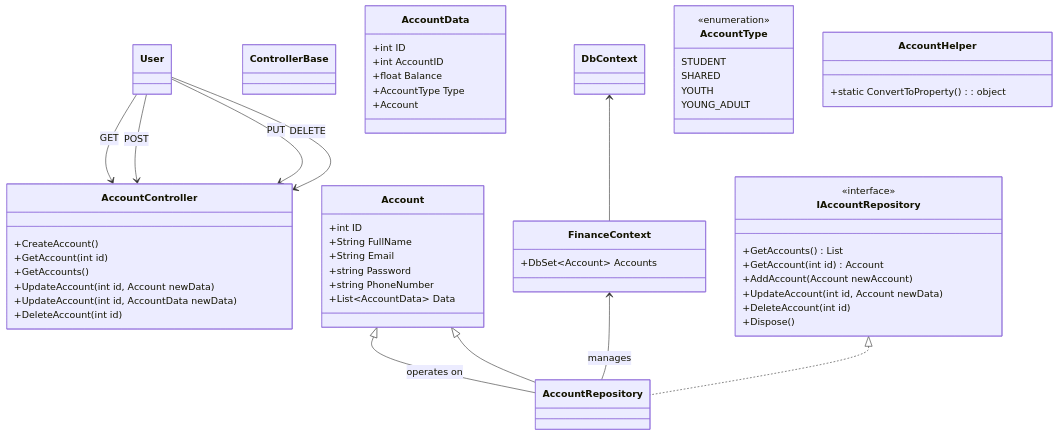
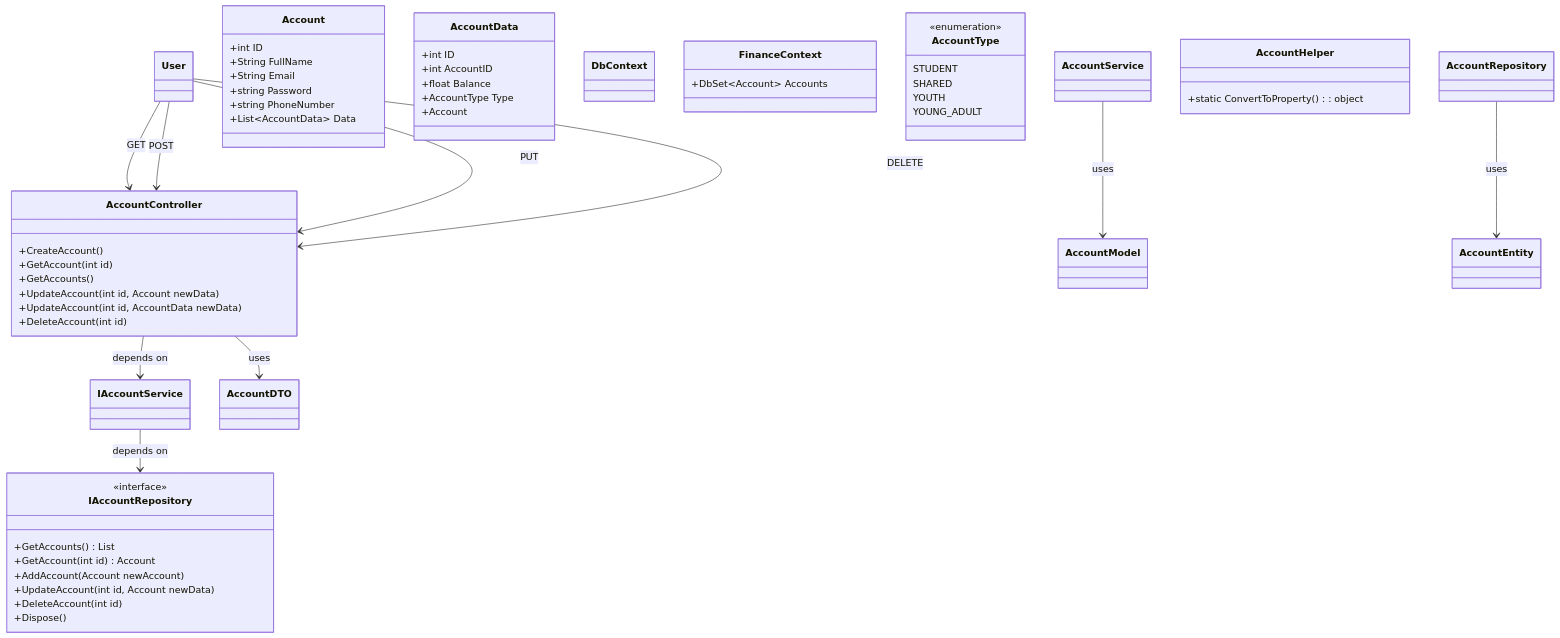
One commit to JET-NilsM/Practice-FinanceApp changed the diagram in TransactionService/Docs/Diagrams/ClassDiagram.md. Above: the diagram before and after it, drawn with Mermaid. The commit also changed 4 other files, not shown here.

Commit message:
Small updates to class and sequence diagram

````diff
--- a/TransactionService/Docs/Diagrams/ClassDiagram.md
+++ b/TransactionService/Docs/Diagrams/ClassDiagram.md
@@ -1,80 +1,79 @@
 ```mermaid
 classDiagram
 direction TB
     class User {
-    }
-
-    class ControllerBase {
     }
 
     class AccountController {
 	    +CreateAccount()
 	    +GetAccount(int id)
 	    +GetAccounts()
 	    +UpdateAccount(int id, Account newData)
 	    +UpdateAccount(int id, AccountData newData)
 	    +DeleteAccount(int id)
     }
 
     class Account {
 	    +int ID
 	    +String FullName
 	    +String Email
 	    +string Password
 	    +string PhoneNumber
 	    +List~AccountData~ Data
     }
 
     class AccountData {
 	    +int ID
 	    +int AccountID
 	    +float Balance
 	    +AccountType Type
 	    +Account
     }
 
     class DbContext {
     }
 
     class FinanceContext {
 	    +DbSet~Account~ Accounts
     }
 
     class AccountType {
 	    STUDENT
 	    SHARED
 	    YOUTH
 	    YOUNG_ADULT
     }
 
     class AccountRepository {
     }
 
     class IAccountRepository {
 	    +GetAccounts() List
 	    +GetAccount(int id) Account
 	    +AddAccount(Account newAccount)
 	    +UpdateAccount(int id, Account newData)
 	    +DeleteAccount(int id)
 	    +Dispose()
     }
 
     class AccountHelper {
 	    +static ConvertToProperty() : object
     }
 
 	<<enumeration>> AccountType
 	<<interface>> IAccountRepository
 
-    IAccountRepository <|.. AccountRepository
-    Account <|-- AccountRepository : operates on
-    DbContext <-- FinanceContext
-    FinanceContext <-- AccountRepository : manages
-    Account <|-- AccountRepository
+    AccountController --> IAccountService : depends on
+    IAccountService --> IAccountRepository : depends on
+    
+    AccountController --> AccountDTO : uses
+    AccountService --> AccountModel : uses
+    AccountRepository --> AccountEntity : uses
+    
     User --> AccountController : GET
     User --> AccountController : POST
     User --> AccountController : PUT
     User --> AccountController : DELETE
 
 
 ```
````
